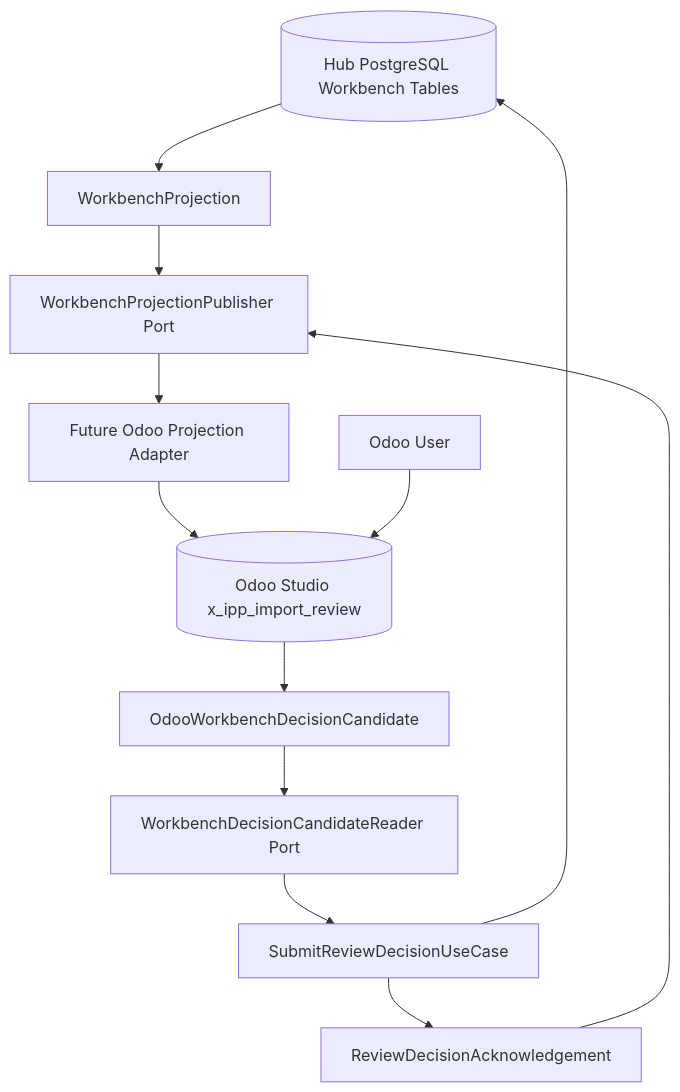
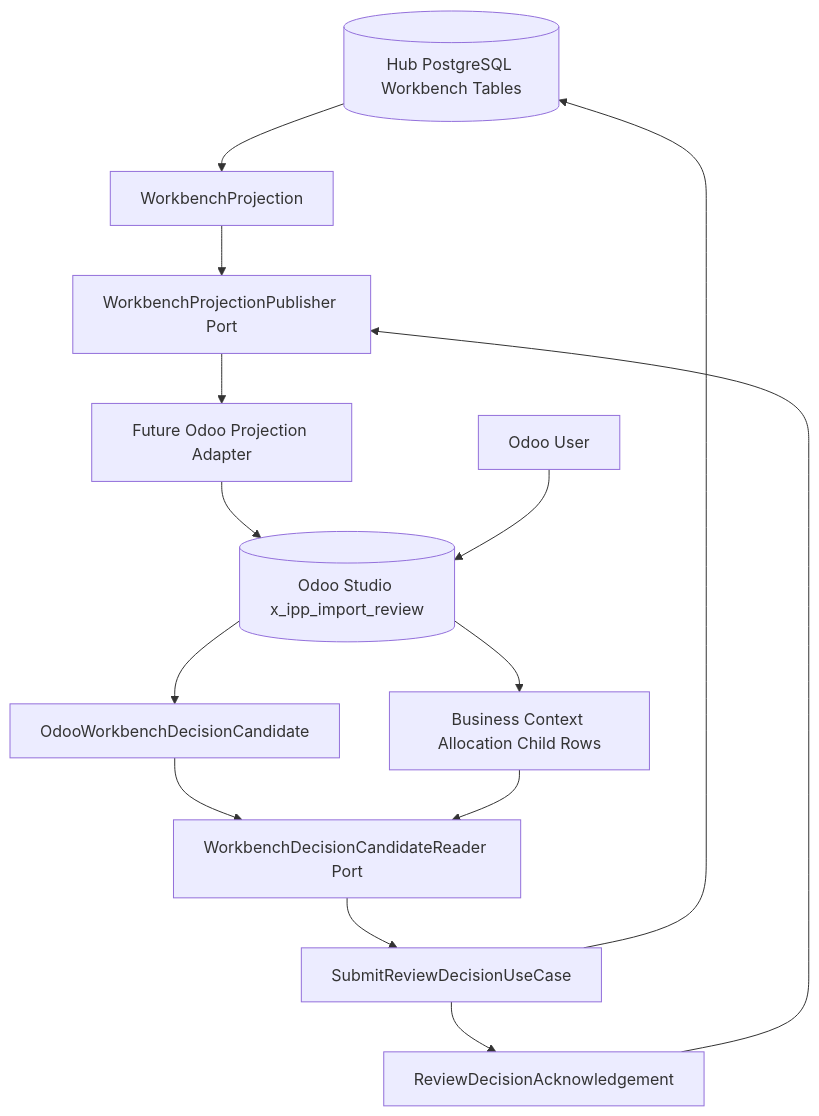
The third of 4 diagrams in docs/architecture.md (odurmazoglu/ict-integration-hub), drawn with Mermaid before and after one commit. The commit also changed other lines of this file and 12 other files, not shown here.

````diff
--- a/docs/architecture.md
+++ b/docs/architecture.md
@@ -122,25 +122,28 @@
 ```mermaid
 flowchart TB
     Store[(Hub PostgreSQL Workbench Tables)]
     Projection[WorkbenchProjection]
     Publisher[WorkbenchProjectionPublisher Port]
     OdooAdapter[Future Odoo Projection Adapter]
     Studio[(Odoo Studio x_ipp_import_review)]
     User[Odoo User]
     Candidate[OdooWorkbenchDecisionCandidate]
     Reader[WorkbenchDecisionCandidateReader Port]
+    AllocationRows[Business Context Allocation Child Rows]
     Submit[SubmitReviewDecisionUseCase]
     Ack[ReviewDecisionAcknowledgement]
 
     Store --> Projection
     Projection --> Publisher
     Publisher --> OdooAdapter
     OdooAdapter --> Studio
     User --> Studio
     Studio --> Candidate
+    Studio --> AllocationRows
     Candidate --> Reader
+    AllocationRows --> Reader
     Reader --> Submit
     Submit --> Store
     Submit --> Ack
     Ack --> Publisher
 ```
````
